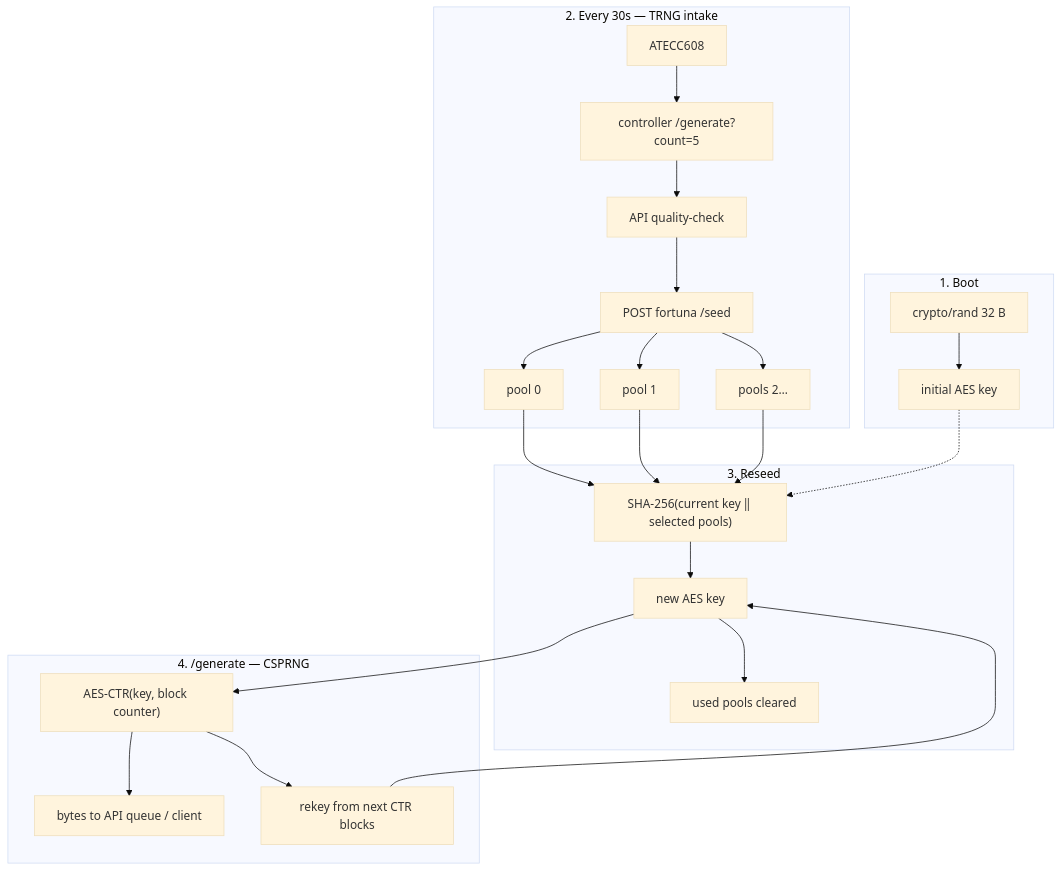
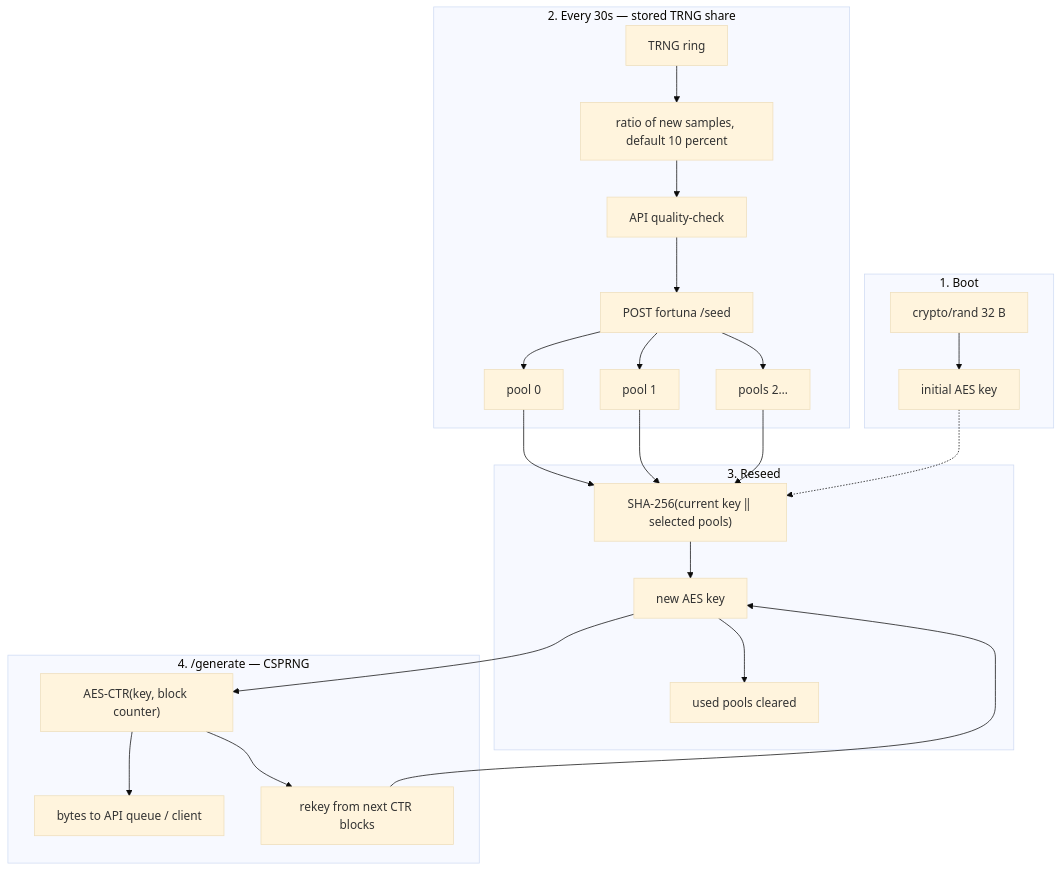
Before and after one commit to LokeyTRaaS/Lokey: the third of 8 diagrams in docs/architecture.md, drawn with Mermaid (base theme). The commit also changed other lines of this file and 33 other files, not shown here.

First line of the commit message:
feat!: draw stored rings by ratio and mix the data read

````diff
--- a/docs/architecture.md
+++ b/docs/architecture.md
@@ -232,31 +232,31 @@
 ```mermaid
 flowchart TB
   subgraph boot ["1. Boot"]
     OS["crypto/rand 32 B"] --> IK["initial AES key"]
   end
 
-  subgraph intake ["2. Every 30s — TRNG intake"]
-    ATECC["ATECC608"] --> CTRL["controller /generate?count=5"]
-    CTRL --> API["API quality-check"]
+  subgraph intake ["2. Every 30s — stored TRNG share"]
+    Q["TRNG ring"] --> SHARE["ratio of new samples, default 10 percent"]
+    SHARE --> API["API quality-check"]
     API --> POST["POST fortuna /seed"]
     POST --> P0["pool 0"]
     POST --> P1["pool 1"]
     POST --> Pn["pools 2…"]
   end
 
   subgraph reseed ["3. Reseed"]
     P0 --> HASH["SHA-256(current key ‖ selected pools)"]
     P1 --> HASH
     Pn --> HASH
     IK -.-> HASH
     HASH --> NK["new AES key"]
     NK --> CLR["used pools cleared"]
   end
 
   subgraph gen ["4. /generate — CSPRNG"]
     NK --> CTR["AES-CTR(key, block counter)"]
     CTR --> OUT["bytes to API queue / client"]
     CTR --> REKEY["rekey from next CTR blocks"]
     REKEY --> NK
   end
 ```
````
